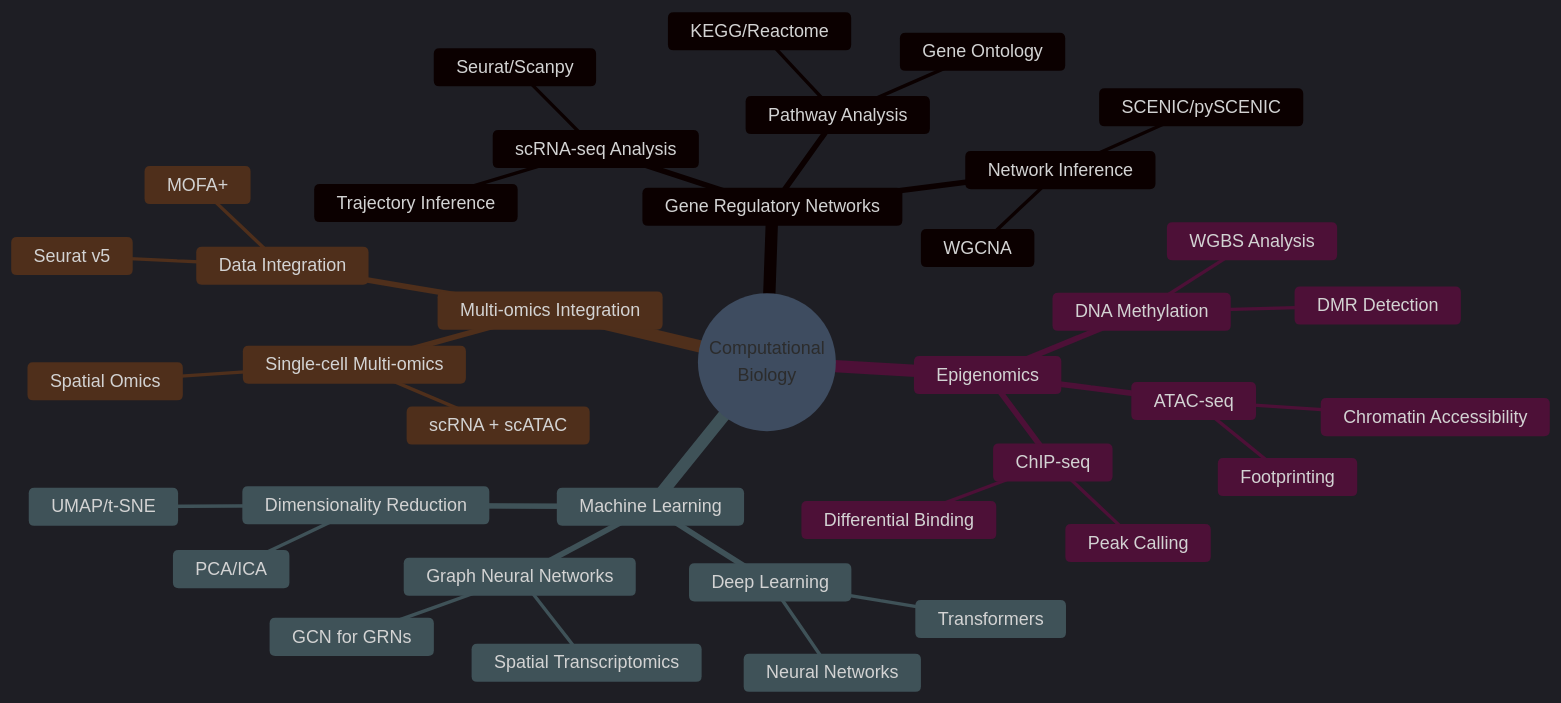
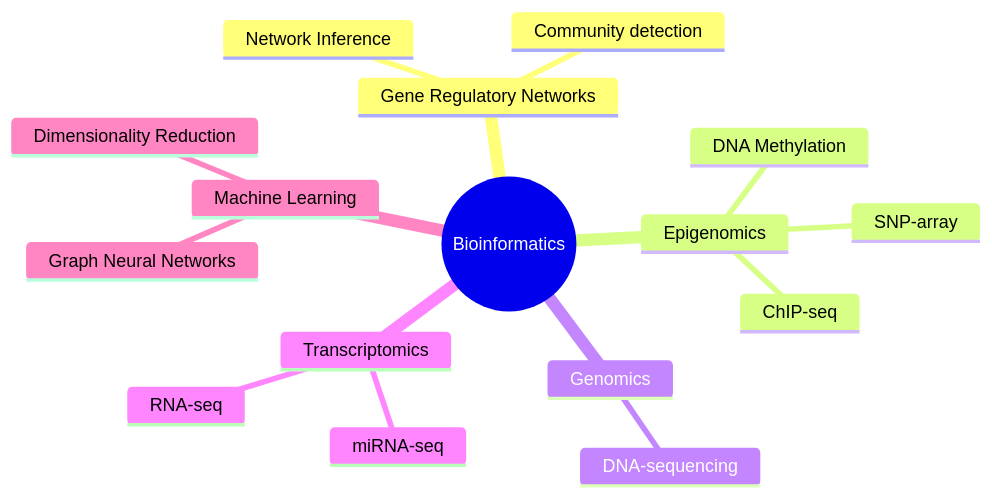
Before and after one commit to ngsFC/ngsFC: the diagram in README.md, drawn with Mermaid. The commit also changed other lines of this file, not shown here.

````diff
--- a/README.md
+++ b/README.md
@@ -104,42 +70,19 @@
 ```mermaid
-%%{init: {'theme':'dark', 'themeVariables': { 'primaryColor':'#1a1b27','primaryTextColor':'#36BCF7','primaryBorderColor':'#36BCF7','lineColor':'#58a6ff','secondaryColor':'#161b22','tertiaryColor':'#0d1117'}}}%%
 mindmap
-  root((Computational<br/>Biology))
+  root((Bioinformatics))
     Gene Regulatory Networks
-      scRNA-seq Analysis
-        Seurat/Scanpy
-        Trajectory Inference
       Network Inference
-        SCENIC/pySCENIC
-        WGCNA
-      Pathway Analysis
-        Gene Ontology
-        KEGG/Reactome
+      Community detection
     Epigenomics
       ChIP-seq
-        Peak Calling
-        Differential Binding
-      ATAC-seq
-        Chromatin Accessibility
-        Footprinting
       DNA Methylation
-        WGBS Analysis
-        DMR Detection
+      SNP-array
+    Genomics
+      DNA-sequencing
+    Transcriptomics
+      RNA-seq
+      miRNA-seq  
     Machine Learning
-      Deep Learning
-        Neural Networks
-        Transformers
       Graph Neural Networks
-        GCN for GRNs
-        Spatial Transcriptomics
       Dimensionality Reduction
-        UMAP/t-SNE
-        PCA/ICA
-    Multi-omics Integration
-      Data Integration
-        Seurat v5
-        MOFA+
-      Single-cell Multi-omics
-        scRNA + scATAC
-        Spatial Omics
 ```
````
